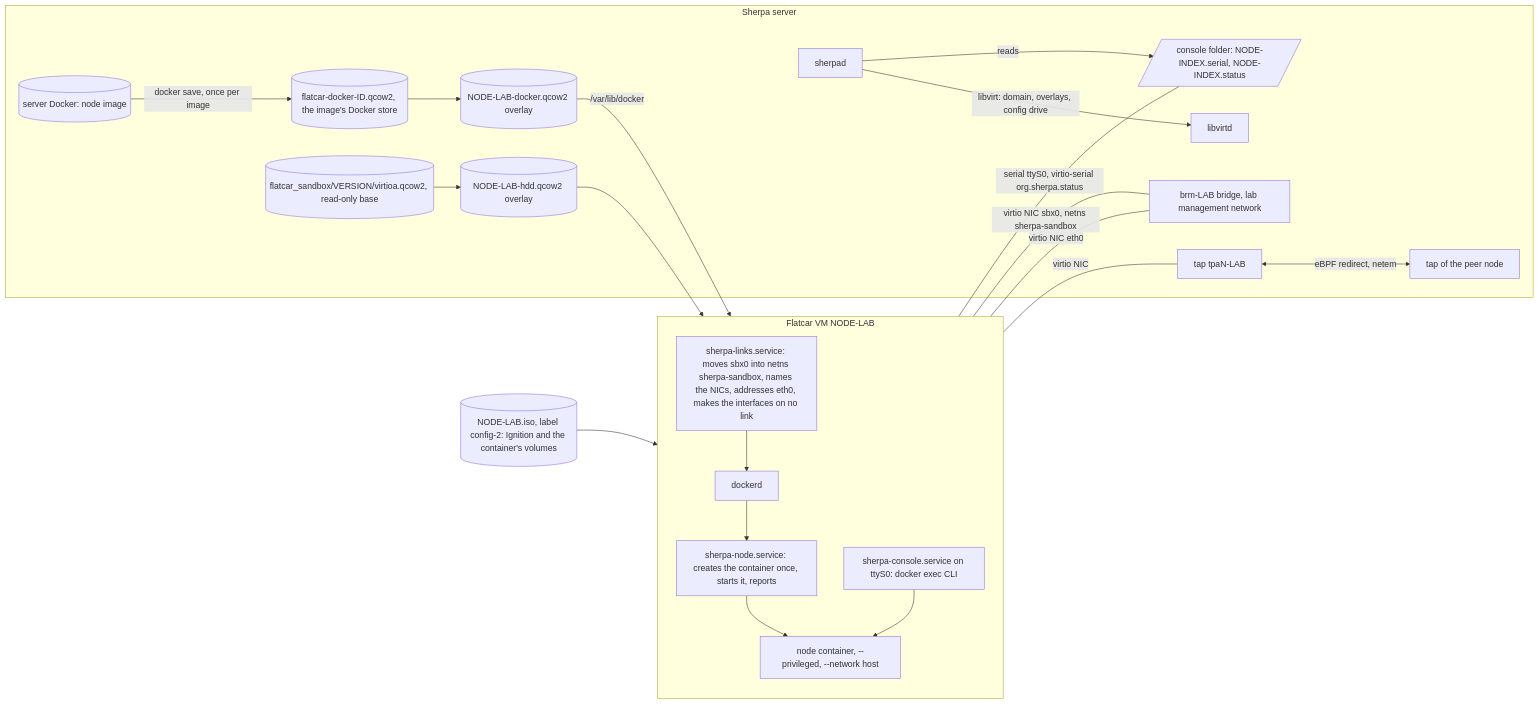
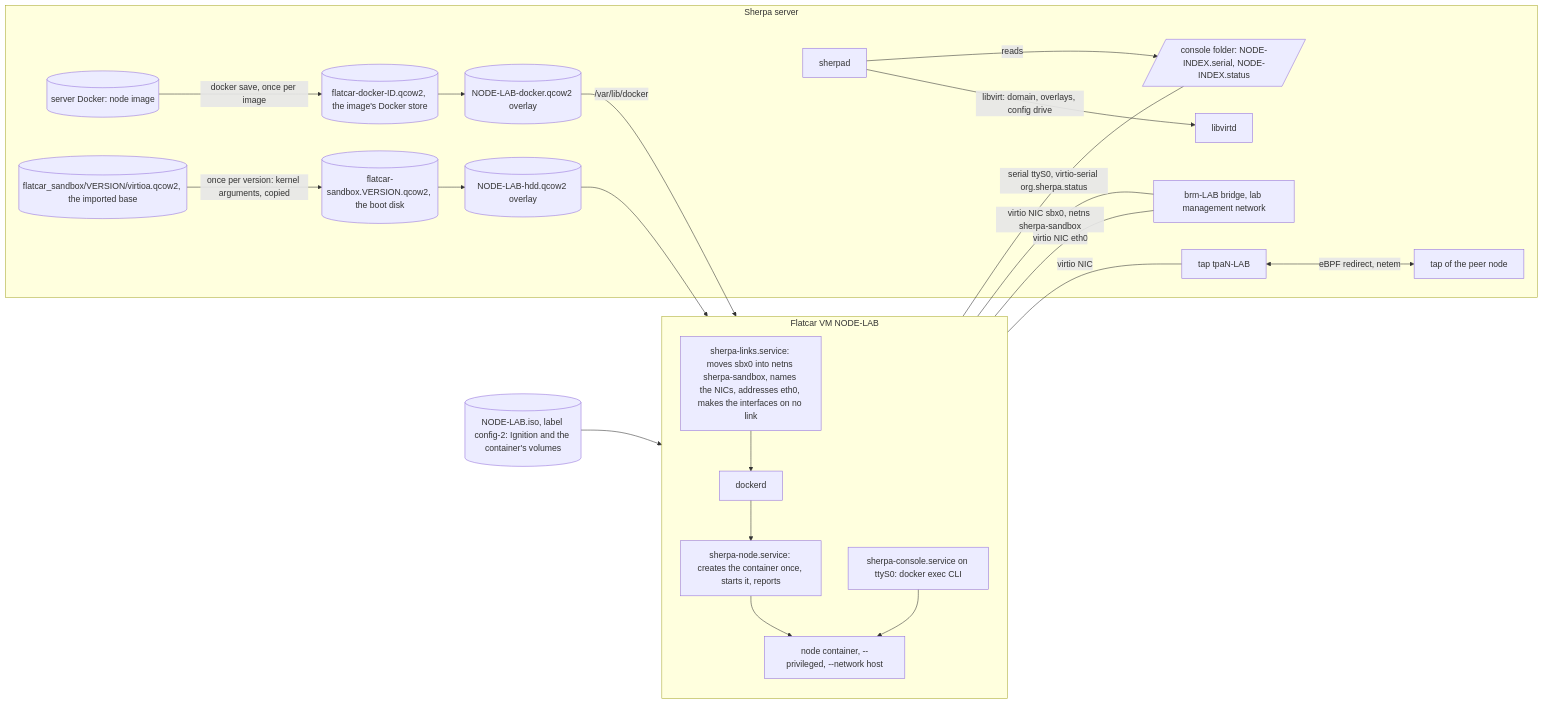
Before and after one commit to bwks/sherpa: the diagram in docs/architecture/SANDBOX.md, drawn with Mermaid. The commit also changed other lines of this file and 32 other files, not shown here.

First line of the commit message:
feat(sandbox): boot sandboxes on a boot disk with Flatcar's kernel argument quiet (#683)

````diff
--- a/docs/architecture/SANDBOX.md
+++ b/docs/architecture/SANDBOX.md
@@ -19,26 +19,27 @@
 ```mermaid
 flowchart LR
   subgraph host[Sherpa server]
     S[sherpad] -->|libvirt: domain, overlays, config drive| L[libvirtd]
     D[(server Docker: node image)] -->|docker save, once per image| ST[(flatcar-docker-ID.qcow2, the image's Docker store)]
-    B[(flatcar_sandbox/VERSION/virtioa.qcow2, read-only base)] --> O[(NODE-LAB-hdd.qcow2 overlay)]
+    B[(flatcar_sandbox/VERSION/virtioa.qcow2, the imported base)] -->|once per version: kernel arguments, copied| BD[(flatcar-sandbox.VERSION.qcow2, the boot disk)]
+    BD --> O[(NODE-LAB-hdd.qcow2 overlay)]
     ST --> OD[(NODE-LAB-docker.qcow2 overlay)]
     T1[tap tpaN-LAB] <-->|eBPF redirect, netem| T2[tap of the peer node]
     M[brm-LAB bridge, lab management network]
     SOCK[/console folder: NODE-INDEX.serial, NODE-INDEX.status/]
     S -->|reads| SOCK
   end
   subgraph V[Flatcar VM NODE-LAB]
     LK[sherpa-links.service: moves sbx0 into netns sherpa-sandbox, names the NICs, addresses eth0, makes the interfaces on no link] --> DK[dockerd]
     DK --> N[sherpa-node.service: creates the container once, starts it, reports]
     N --> C[node container, --privileged, --network host]
     CON[sherpa-console.service on ttyS0: docker exec CLI] --> C
   end
   O --> V
   OD -->|/var/lib/docker| V
   ISO[(NODE-LAB.iso, label config-2: Ignition and the container's volumes)] --> V
   V ---|virtio NIC| T1
   V ---|virtio NIC eth0| M
   V ---|virtio NIC sbx0, netns sherpa-sandbox| M
   V ---|serial ttyS0, virtio-serial org.sherpa.status| SOCK
 ```
````
